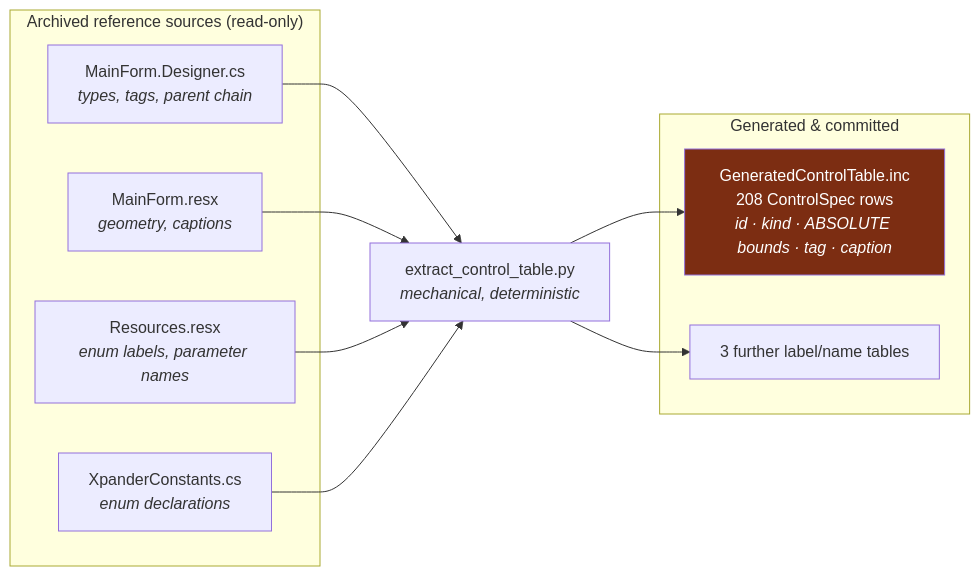
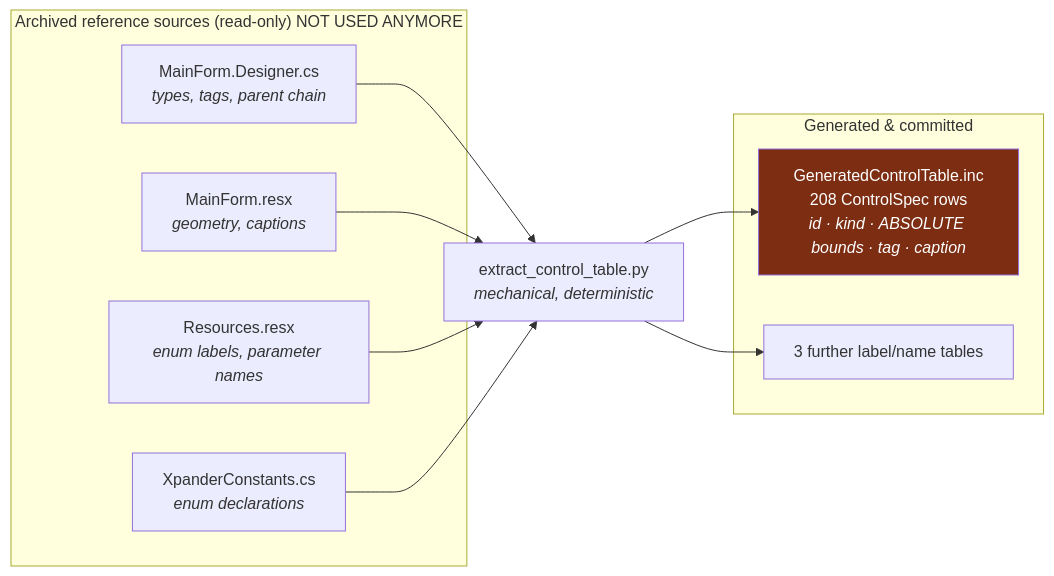
One commit to xplorer2716/XplorerEditor changed the tenth of 18 diagrams in docs/architecture-analysis.md. Above: the diagram before and after it, drawn with Mermaid. The commit also changed other lines of this file and 32 other files, not shown here.

````diff
--- a/docs/architecture-analysis.md
+++ b/docs/architecture-analysis.md
@@ -561,17 +562,17 @@
 ```mermaid
 flowchart LR
-    subgraph ref ["Archived reference sources (read-only)"]
+    subgraph ref ["Archived reference sources (read-only) NOT USED ANYMORE"]
         D["MainForm.Designer.cs<br/><i>types, tags, parent chain</i>"]
         R["MainForm.resx<br/><i>geometry, captions</i>"]
         RS["Resources.resx<br/><i>enum labels, parameter names</i>"]
         C["XpanderConstants.cs<br/><i>enum declarations</i>"]
     end
     S["extract_control_table.py<br/><i>mechanical, deterministic</i>"]
     subgraph gen ["Generated & committed"]
         T["GeneratedControlTable.inc<br/>208 ControlSpec rows<br/><i>id · kind · ABSOLUTE bounds · tag · caption</i>"]
         O["3 further label/name tables"]
     end
     D & R & RS & C --> S --> T & O
 
     style T fill:#7c2d12,color:#fff
 ```
````
